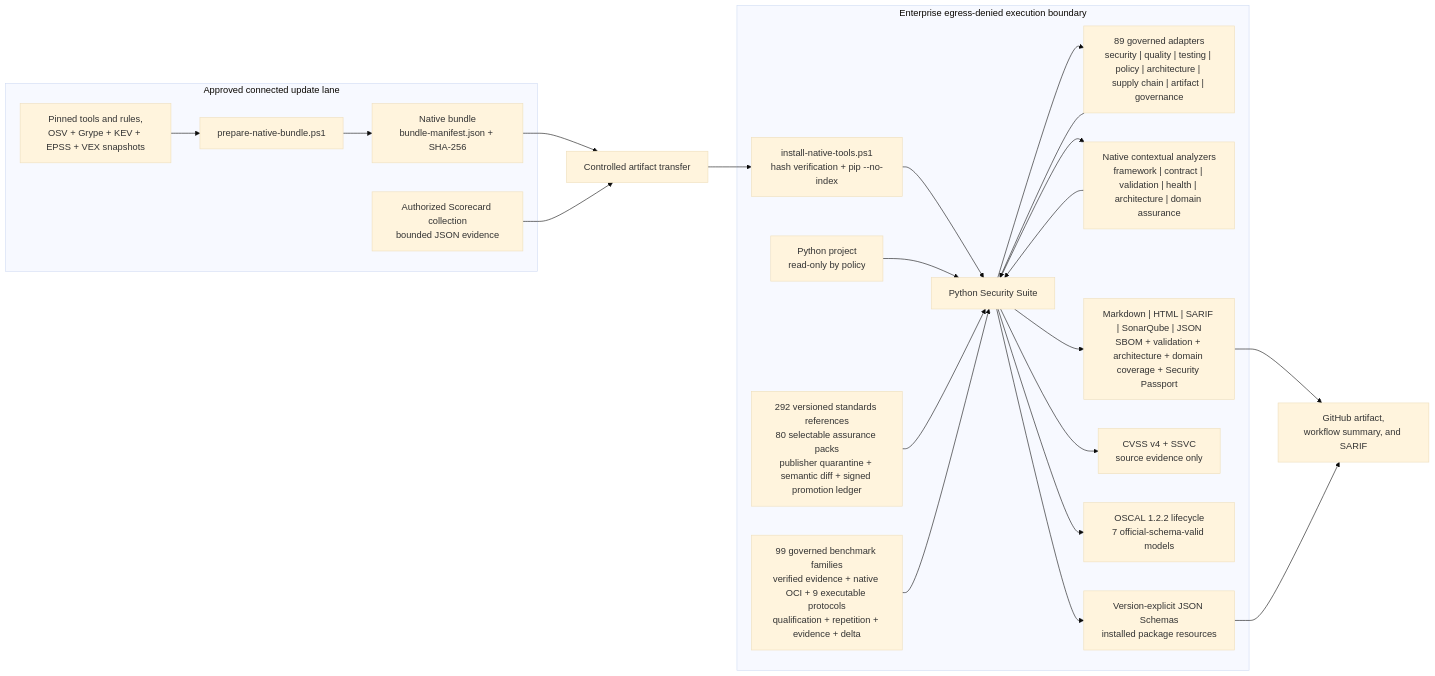
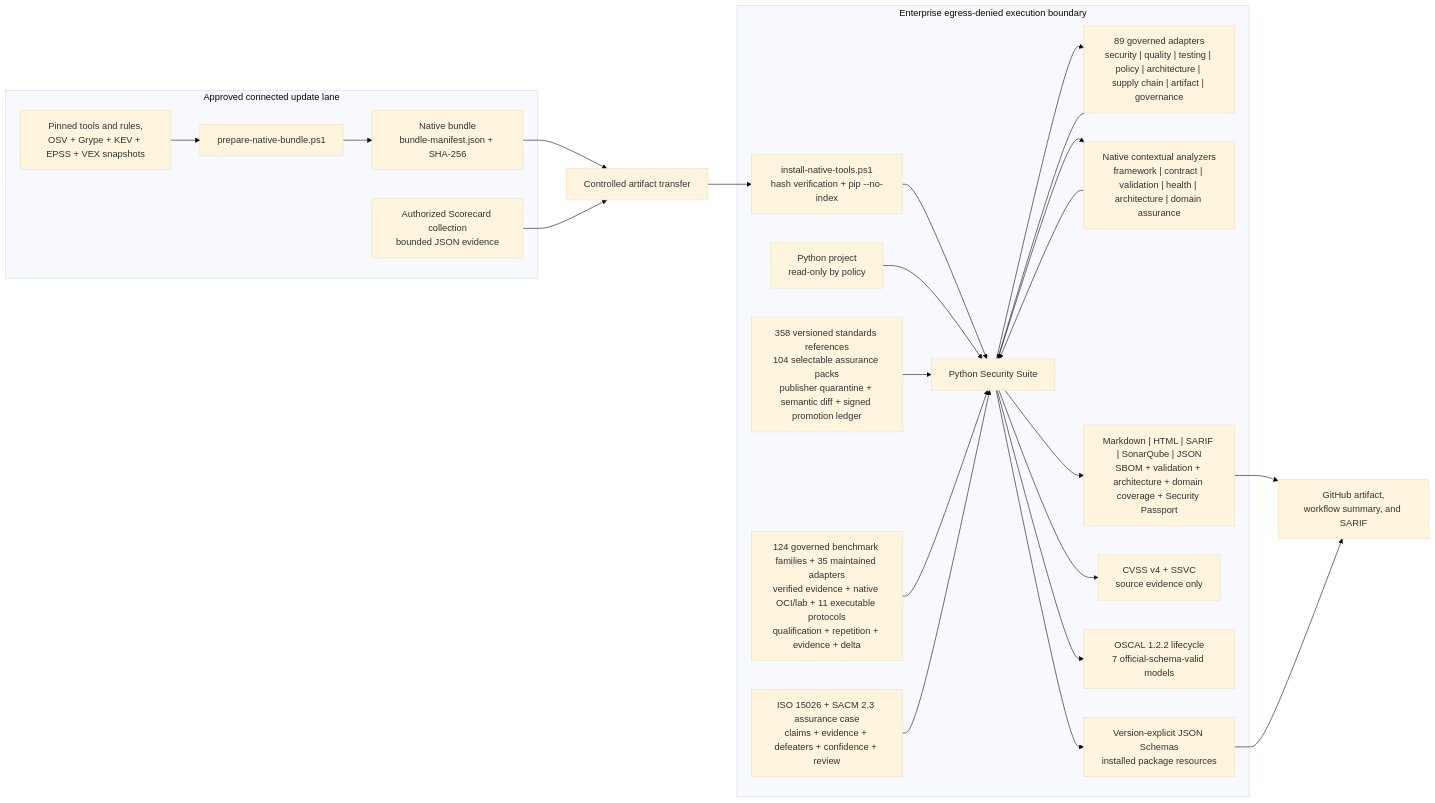
One commit to willtran87/project-py-security-suite changed the first of 17 diagrams in docs/design.md. Above: the diagram before and after it, drawn with Mermaid (base theme). The commit also changed other lines of this file and 23 other files, not shown here.

Commit message:
Expand industry assurance standards and benchmarks

````diff
--- a/docs/design.md
+++ b/docs/design.md
@@ -29,45 +29,47 @@
 ```mermaid
 flowchart LR
     subgraph Connected["Approved connected update lane"]
         Prep["prepare-native-bundle.ps1"]
         Sources["Pinned tools and rules,<br/>OSV + Grype + KEV + EPSS + VEX snapshots"]
         ScorecardCollect["Authorized Scorecard collection<br/>bounded JSON evidence"]
         Bundle["Native bundle<br/>bundle-manifest.json + SHA-256"]
         Sources --> Prep --> Bundle
     end
 
     Transfer["Controlled artifact transfer"]
 
     subgraph Boundary["Enterprise egress-denied execution boundary"]
         Install["install-native-tools.ps1<br/>hash verification + pip --no-index"]
         Project["Python project<br/>read-only by policy"]
         Suite["Python Security Suite"]
         Scanners["89 governed adapters<br/>security | quality | testing | policy | architecture | supply chain | artifact | governance"]
         Analyzers["Native contextual analyzers<br/>framework | contract | validation | health | architecture | domain assurance"]
         Reports["Markdown | HTML | SARIF | SonarQube | JSON<br/>SBOM + validation + architecture + domain coverage + Security Passport"]
-        Standards["292 versioned standards references<br/>80 selectable assurance packs<br/>publisher quarantine + semantic diff + signed promotion ledger"]
-        Benchmarks["99 governed benchmark families<br/>verified evidence + native OCI + 9 executable protocols<br/>qualification + repetition + evidence + delta"]
+        Standards["358 versioned standards references<br/>104 selectable assurance packs<br/>publisher quarantine + semantic diff + signed promotion ledger"]
+        Benchmarks["124 governed benchmark families + 35 maintained adapters<br/>verified evidence + native OCI/lab + 11 executable protocols<br/>qualification + repetition + evidence + delta"]
+        AssuranceCase["ISO 15026 + SACM 2.3 assurance case<br/>claims + evidence + defeaters + confidence + review"]
         Priority["CVSS v4 + SSVC<br/>source evidence only"]
         OSCAL["OSCAL 1.2.2 lifecycle<br/>7 official-schema-valid models"]
         Contracts["Version-explicit JSON Schemas<br/>installed package resources"]
         Install --> Suite
         Project --> Suite
         Suite --> Scanners
         Scanners --> Suite
         Suite --> Analyzers
         Analyzers --> Suite
         Standards --> Suite
         Benchmarks --> Suite
+        AssuranceCase --> Suite
         Suite --> Priority
         Suite --> OSCAL
         Suite --> Reports
         Suite --> Contracts
     end
 
     GitHub["GitHub artifact,<br/>workflow summary, and SARIF"]
 
     Bundle --> Transfer --> Install
     ScorecardCollect --> Transfer
     Reports --> GitHub
     Contracts --> GitHub
 ```
````
